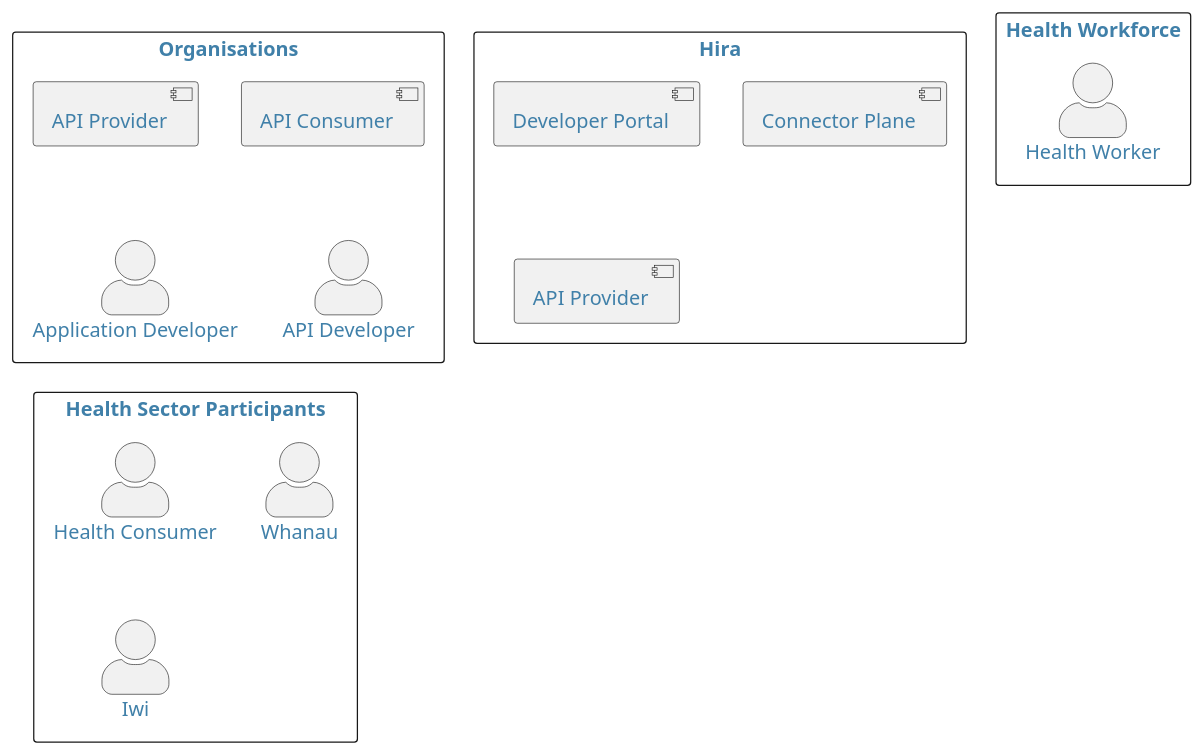
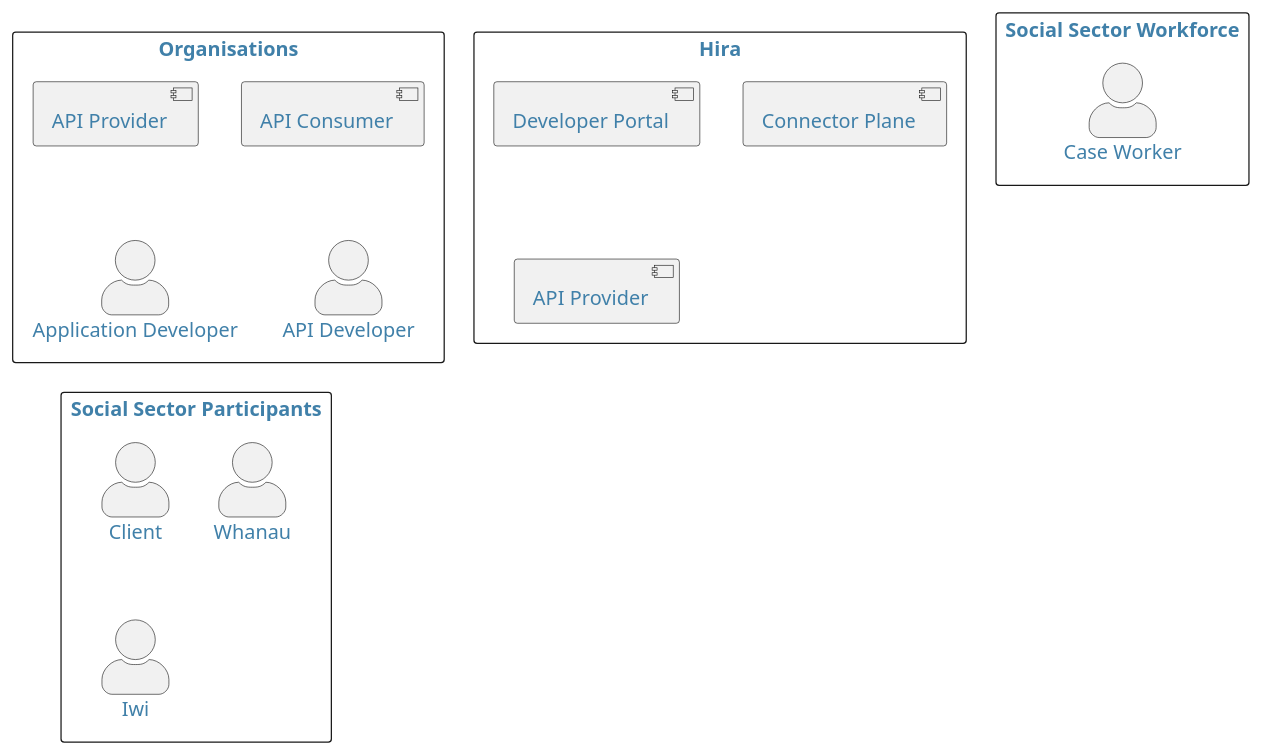
The diagram in docs/example-content/01-ExampleContent.md (MiddlewareNewZealand/msd-api-standards), drawn with PlantUML before and after one commit. The commit also changed other lines of this file and 20 other files, not shown here.

````diff
--- a/docs/example-content/01-ExampleContent.md
+++ b/docs/example-content/01-ExampleContent.md
@@ -38,42 +38,42 @@
 ```plantuml
 @startuml
 
 skinparam {
     defaultFontColor #4080a9
     defaultBackgroundColor #d7f8ff
     defaultComponentColour #61d9de
     defaultActorColour #61d9de
     defaultFontSize 16
     defaultArrowThickness 6
     actorStyle awesome
     linetype polyline
 }
 
 rectangle Organisations {
     component "API Provider"  as AG
     component "API Consumer" as AC
     actor "Application Developer" as APPD
     actor "API Developer" as APID
 }
 rectangle Hira {
     component "Developer Portal" as DP
     component "Connector Plane" as CP
     component "API Provider"  as HAP
     'DP -[hidden]- CP
     'HAP -[hidden]- CP
 }
-rectangle "Health Sector Participants" as HSP {
-    actor "Health Consumer" as HC
+rectangle "Social Sector Participants" as HSP {
+    actor "Client" as HC
     actor "Whanau"
     actor "Iwi"
 
 }
-rectangle "Health Workforce"  as HWF {
-    actor "Health Worker" AS HW
+rectangle "Social Sector Workforce"  as HWF {
+    actor "Case Worker" AS HW
 }
 
 'HSP --[hidden]up-- HWF
 'Organisations --[hidden]up-- Hira
 
 @enduml
 ```
````
